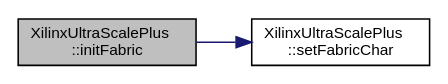
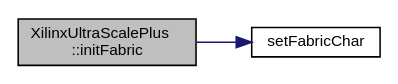
Before and after one commit to FPGA-Research-Manchester/byteman: the diagram in classXilinxUltraScalePlus_a85edb52e62d2856e3a5a8d77c111c91e_cgraph.dot, drawn with Graphviz. The commit also changed 2360 other files, not shown here.

```diff
--- a/classXilinxUltraScalePlus_a85edb52e62d2856e3a5a8d77c111c91e_cgraph.dot
+++ b/classXilinxUltraScalePlus_a85edb52e62d2856e3a5a8d77c111c91e_cgraph.dot
@@ -1,11 +1,11 @@
 digraph "XilinxUltraScalePlus::initFabric"
 {
  // INTERACTIVE_SVG=YES
  // LATEX_PDF_SIZE
   edge [fontname="Helvetica",fontsize="10",labelfontname="Helvetica",labelfontsize="10"];
   node [fontname="Helvetica",fontsize="10",shape=record];
   rankdir="LR";
   Node1 [label="XilinxUltraScalePlus\l::initFabric",height=0.2,width=0.4,color="black", fillcolor="grey75", style="filled", fontcolor="black",tooltip=" "];
   Node1 -> Node2 [color="midnightblue",fontsize="10",style="solid",fontname="Helvetica"];
-  Node2 [label="XilinxUltraScalePlus\l::setFabricChar",height=0.2,width=0.4,color="black", fillcolor="white", style="filled",URL="$classXilinxUltraScalePlus.html#a28e5a449c629c475a19173f9b0a7a18c",tooltip=" "];
+  Node2 [label="setFabricChar",height=0.2,width=0.4,color="black", fillcolor="white", style="filled",URL="$inlineSetFabric_8h.html#a48a5d7c5921da6f83844f721655b16a8",tooltip=" "];
 }
```
